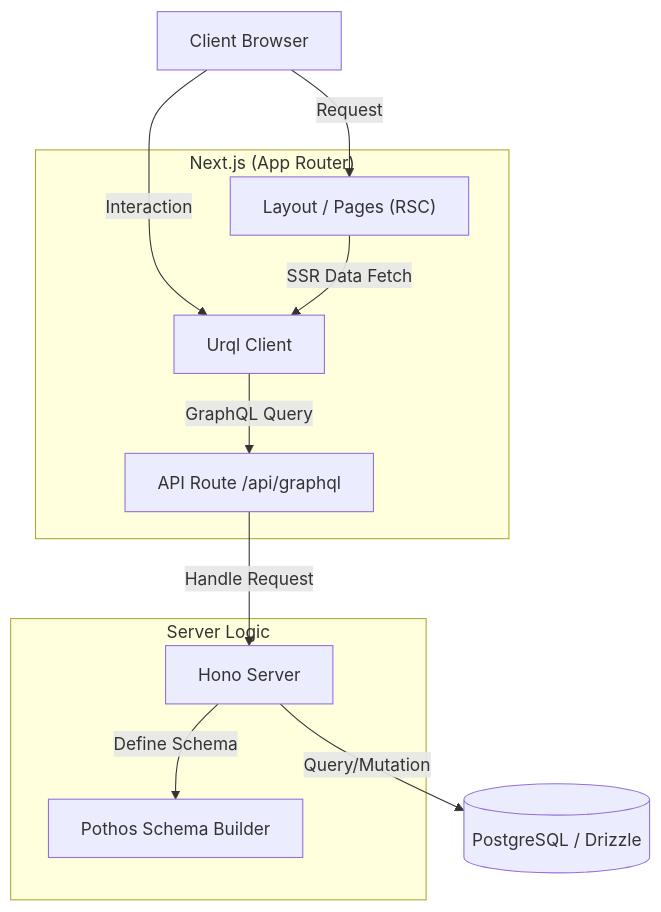
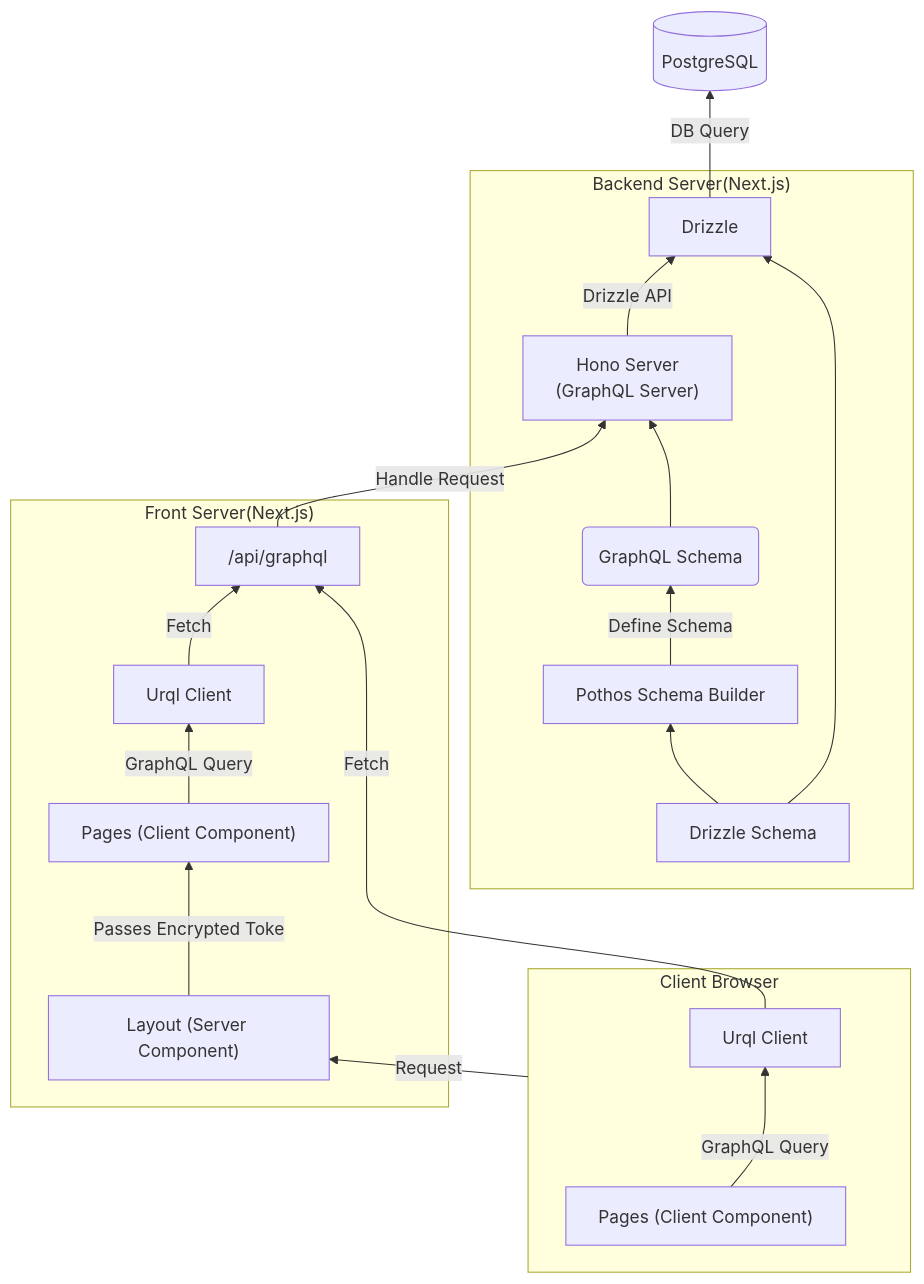
The second of 5 diagrams in README.md (SoraKumo001/next-drizzle), drawn with Mermaid before and after one commit. The commit also changed other lines of this file, not shown here.

Commit message:
Enhance README structure and clarity, update table of contents, and detail architecture diagram.

````diff
--- a/README.md
+++ b/README.md
@@ -103,25 +83,39 @@
 ```mermaid
-graph TD
-    Client[Client Browser]
-
-    subgraph NextJS ["Next.js (App Router)"]
-        Layout["Layout / Pages (RSC)"]
+graph BT
+    subgraph NextJS ["Front Server(Next.js)"]
+        Layout["Layout (Server Component)"]
+        Pages["Pages (Client Component)"]
         Urql[Urql Client]
-        Route["API Route /api/graphql"]
+        Route["/api/graphql"]
     end
 
-    subgraph ServerLogic ["Server Logic"]
-        Hono[Hono Server]
+    subgraph ServerLogic ["Backend Server(Next.js)"]
+        Hono["Hono Server
+        (GraphQL Server)"]
+        GraphQL(GraphQL Schema)
         Pothos[Pothos Schema Builder]
+        Drizzle[Drizzle]
+        DrizzleSchema[Drizzle Schema]
     end
 
-    DB[("PostgreSQL / Drizzle")]
+    subgraph Client[Client Browser]
+        ClientPages["Pages (Client Component)"]
+        ClientUrql[Urql Client]
+    end
 
-    Client -->|Interaction| Urql
+    DB[("PostgreSQL")]
+
     Client -->|Request| Layout
-    Layout -->|SSR Data Fetch| Urql
-    Urql -->|GraphQL Query| Route
+    Layout -->|Passes Encrypted Toke| Pages
+    Pages -->|GraphQL Query| Urql
+    Urql -->|Fetch| Route
     Route -->|Handle Request| Hono
-    Hono -->|Define Schema| Pothos
-    Hono -->|Query/Mutation| DB
+    Pothos --> |Define Schema|GraphQL
+    GraphQL --> Hono
+    Hono -->|Drizzle API| Drizzle
+    Drizzle -->|DB Query| DB
+    ClientPages -->|GraphQL Query| ClientUrql
+    ClientUrql -->|Fetch| Route
+    DrizzleSchema --> Pothos
+    DrizzleSchema --> Drizzle
 ```
````
